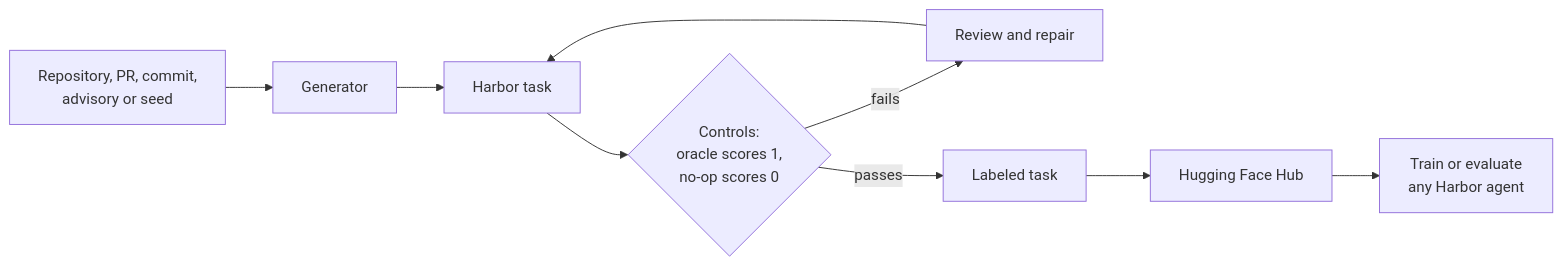
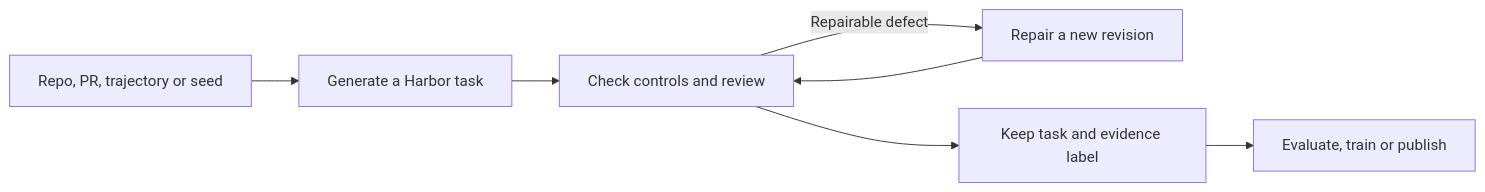
One commit to zqf20096327/ai_collect changed the diagram in data/readmes/huggingface__Repo2RLEnv.md. Above: the diagram before and after it, drawn with Mermaid. The commit also changed other lines of this file and 3185 other files, not shown here.

````diff
--- a/data/readmes/huggingface__Repo2RLEnv.md
+++ b/data/readmes/huggingface__Repo2RLEnv.md
@@ -153,11 +34,9 @@
 ```mermaid
 flowchart LR
-    S["Repository, PR, commit,<br/>advisory or seed"] --> G["Generator"]
-    G --> T["Harbor task"]
-    T --> C{"Controls:<br/>oracle scores 1,<br/>no-op scores 0"}
-    C -->|fails| R["Review and repair"]
-    R --> T
-    C -->|passes| L["Labeled task"]
-    L --> H["Hugging Face Hub"]
-    H --> A["Train or evaluate<br/>any Harbor agent"]
+    S["Repo, PR, trajectory or seed"] --> G["Generate a Harbor task"]
+    G --> V["Check controls and review"]
+    V -->|"Repairable defect"| R["Repair a new revision"]
+    R --> V
+    V --> E["Keep task and evidence label"]
+    E --> U["Evaluate, train or publish"]
 ```
````
